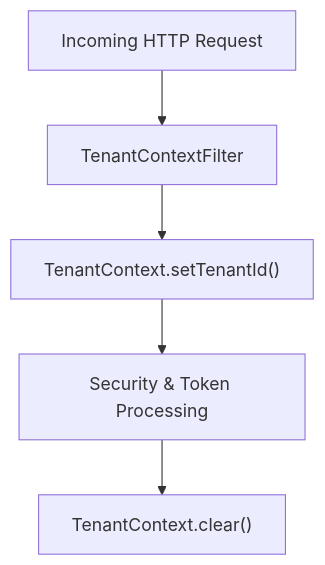
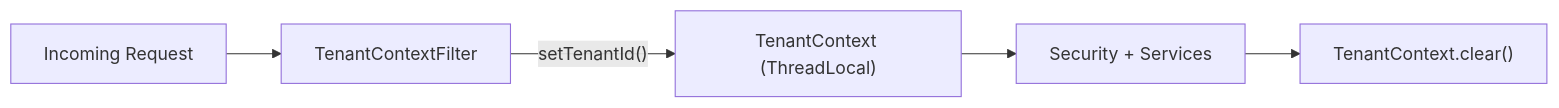
Before and after one commit to Praesto-Pro/openframe-oss-tenant: the second of 6 diagrams in docs/architecture/authorization-server-core/authorization-server-core.md, drawn with Mermaid. The commit also changed other lines of this file and 214 other files, not shown here.

````diff
--- a/docs/architecture/authorization-server-core/authorization-server-core.md
+++ b/docs/architecture/authorization-server-core/authorization-server-core.md
@@ -50,7 +74,7 @@
 ```mermaid
-flowchart TD
-    Request["Incoming HTTP Request"] --> TenantFilter["TenantContextFilter"]
-    TenantFilter --> Context["TenantContext.setTenantId()"]
-    Context --> Security["Security & Token Processing"]
-    Security --> Clear["TenantContext.clear()"]
+flowchart LR
+    Request["Incoming Request"] --> Extract["TenantContextFilter"]
+    Extract -->|"setTenantId()"| Context["TenantContext (ThreadLocal)"]
+    Context --> Downstream["Security + Services"]
+    Downstream --> Clear["TenantContext.clear()"]
 ```
````
